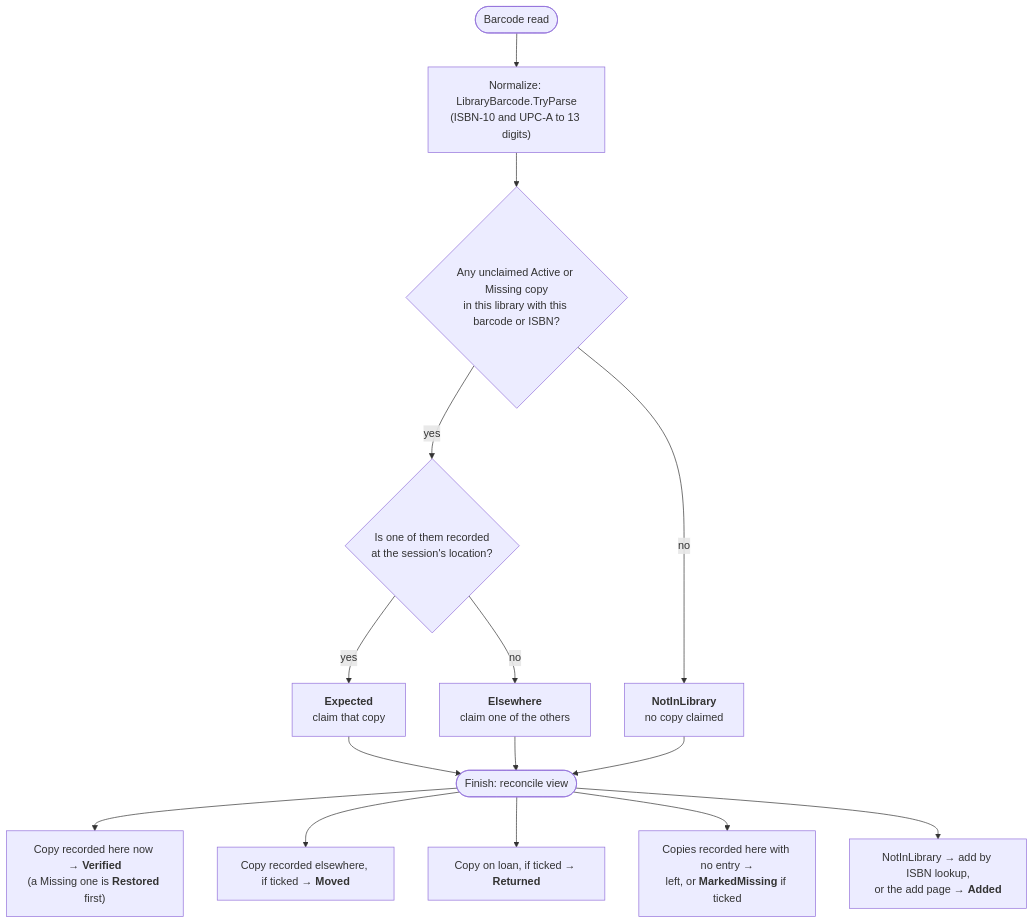
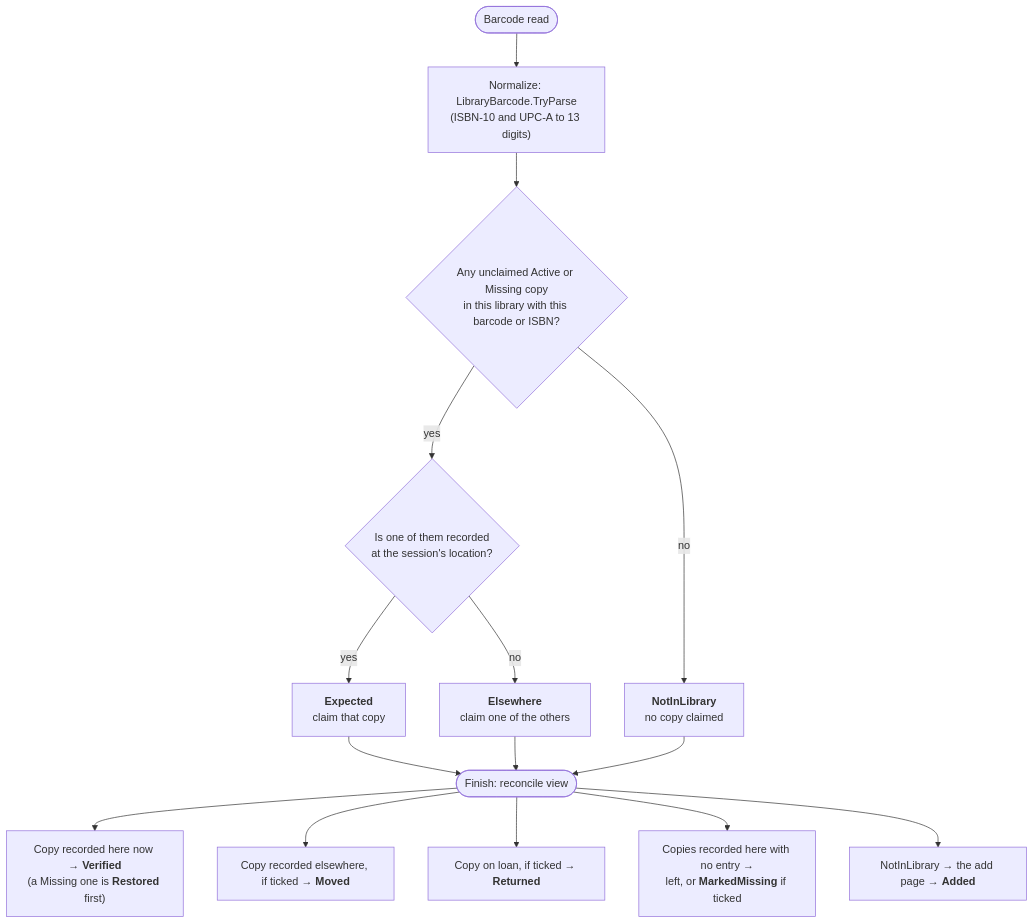
One commit to tompostler/number-sequence changed the second of 2 diagrams in docs/library.md. Above: the diagram before and after it, drawn with Mermaid. The commit also changed other lines of this file and 20 other files, not shown here.

````diff
--- a/docs/library.md
+++ b/docs/library.md
@@ -721,16 +682,16 @@
 ```mermaid
 flowchart TD
     scan([Barcode read]) --> norm["Normalize: LibraryBarcode.TryParse<br/>(ISBN-10 and UPC-A to 13 digits)"]
     norm --> any{"Any unclaimed Active or Missing copy<br/>in this library with this barcode or ISBN?"}
     any -- no --> nil["<b>NotInLibrary</b><br/>no copy claimed"]
     any -- yes --> here{"Is one of them recorded<br/>at the session's location?"}
     here -- yes --> exp["<b>Expected</b><br/>claim that copy"]
     here -- no --> els["<b>Elsewhere</b><br/>claim one of the others"]
 
     exp & els & nil --> finish([Finish: reconcile view])
     finish --> v["Copy recorded here now → <b>Verified</b><br/>(a Missing one is <b>Restored</b> first)"]
     finish --> m["Copy recorded elsewhere, if ticked → <b>Moved</b>"]
     finish --> r["Copy on loan, if ticked → <b>Returned</b>"]
     finish --> u["Copies recorded here with no entry →<br/>left, or <b>MarkedMissing</b> if ticked"]
-    finish --> n["NotInLibrary → add by ISBN lookup,<br/>or the add page → <b>Added</b>"]
+    finish --> n["NotInLibrary → the add page → <b>Added</b>"]
 ```
````
